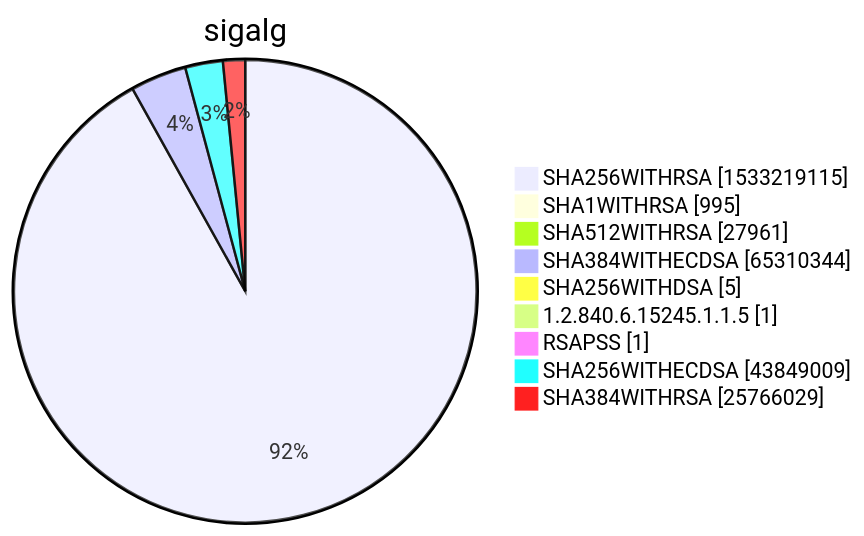
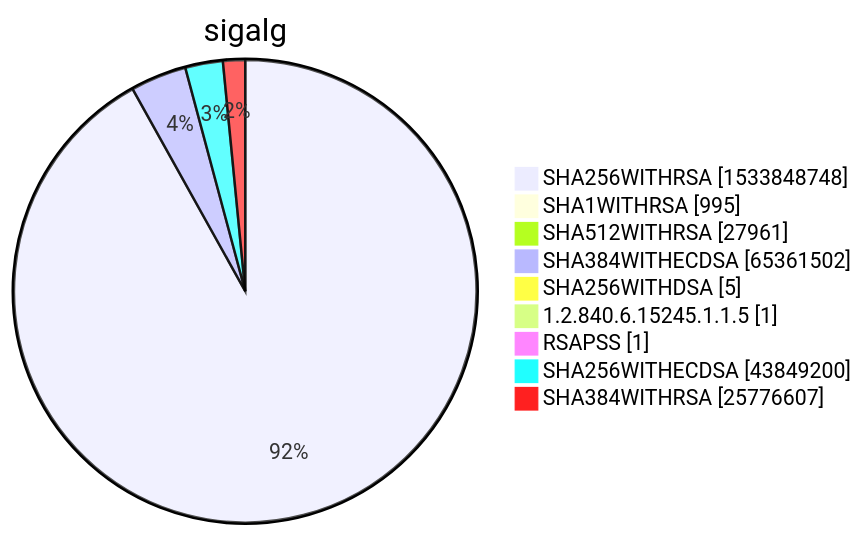
Before and after one commit to christiankrug/ctmonitor_visualization: diagram 15 of 15 in xenon2022/README.md, drawn with Mermaid. The commit also changed other lines of this file, not shown here.

````diff
--- a/xenon2022/README.md
+++ b/xenon2022/README.md
@@ -5866,13 +5866,13 @@
 ```mermaid
 pie showData
 title sigalg
-"SHA256WITHRSA" :1533219115
+"SHA256WITHRSA" :1533848748
 "SHA1WITHRSA" :995
 "SHA512WITHRSA" :27961
-"SHA384WITHECDSA" :65310344
+"SHA384WITHECDSA" :65361502
 "SHA256WITHDSA" :5
 "1.2.840.6.15245.1.1.5" :1
 "RSAPSS" :1
-"SHA256WITHECDSA" :43849009
-"SHA384WITHRSA" :25766029
+"SHA256WITHECDSA" :43849200
+"SHA384WITHRSA" :25776607
 ```
````
